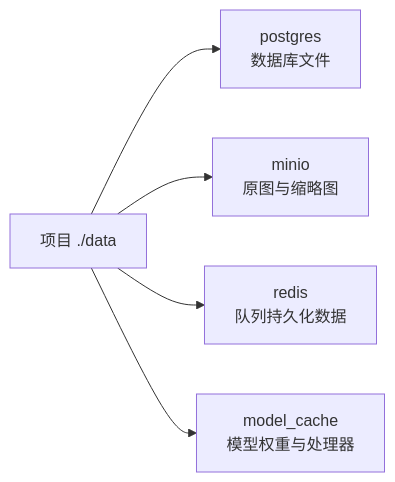
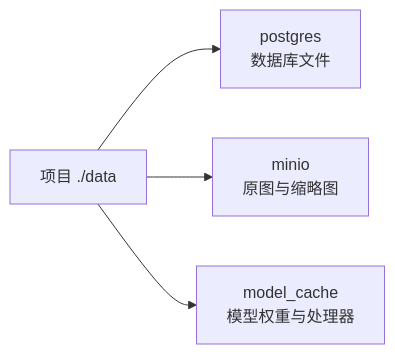
One commit to tamakara/bakabooru changed the second of 2 diagrams in docs/deployment.md. Above: the diagram before and after it, drawn with Mermaid. The commit also changed other lines of this file and 31 other files, not shown here.

````diff
--- a/docs/deployment.md
+++ b/docs/deployment.md
@@ -50,7 +49,6 @@
 ```mermaid
 flowchart LR
     Data["项目 ./data"] --> PG["postgres<br/>数据库文件"]
     Data --> M["minio<br/>原图与缩略图"]
-    Data --> R["redis<br/>队列持久化数据"]
     Data --> C["model_cache<br/>模型权重与处理器"]
 ```
````
